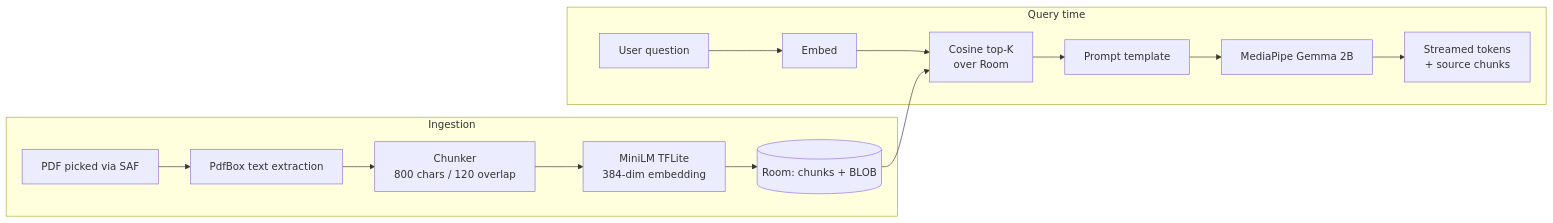
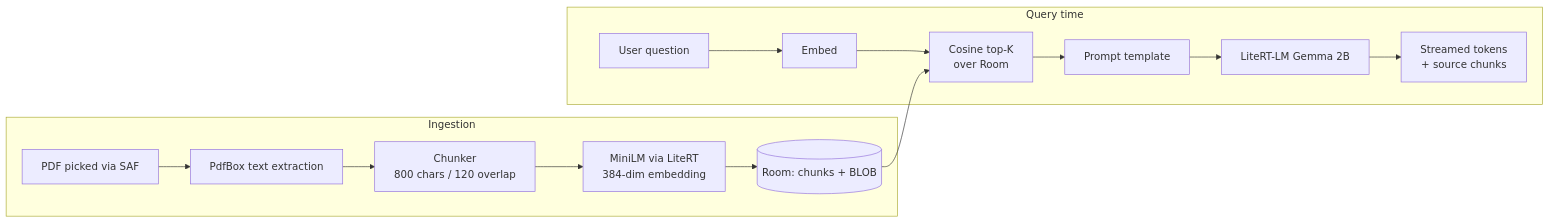
One commit to umarpazir11/pocketsage changed the diagram in README.md. Above: the diagram before and after it, drawn with Mermaid. The commit also changed other lines of this file, not shown here.

First line of the commit message:
:sparkles: Update README to reflect migration from MediaPipe to LiteRT

````diff
--- a/README.md
+++ b/README.md
@@ -39,18 +39,18 @@
 ```mermaid
 flowchart LR
     subgraph Ingestion
         A[PDF picked via SAF] --> B[PdfBox text extraction]
         B --> C[Chunker<br/>800 chars / 120 overlap]
-        C --> D[MiniLM TFLite<br/>384-dim embedding]
+        C --> D[MiniLM via LiteRT<br/>384-dim embedding]
         D --> E[(Room: chunks + BLOB)]
     end
 
     subgraph "Query time"
         Q[User question] --> QE[Embed]
         QE --> R[Cosine top-K<br/>over Room]
         E --> R
         R --> P[Prompt template]
-        P --> L[MediaPipe Gemma 2B]
+        P --> L[LiteRT-LM Gemma 2B]
         L --> S[Streamed tokens<br/>+ source chunks]
     end
 ```
````
